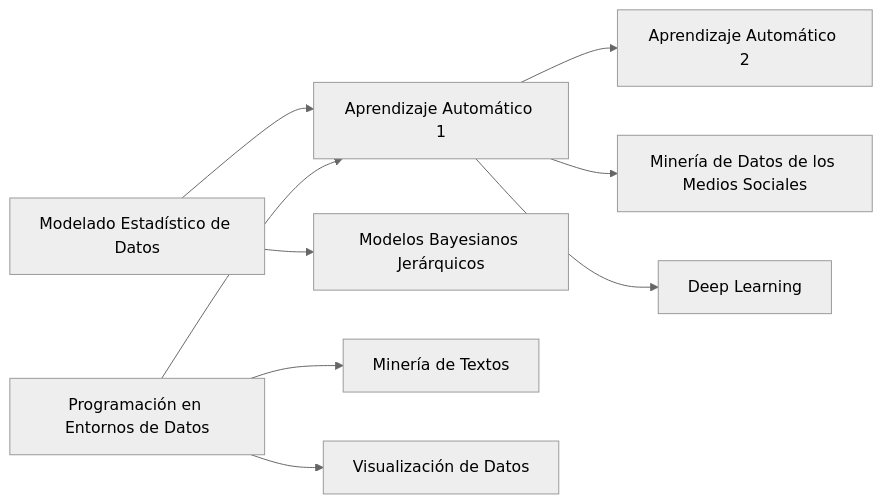
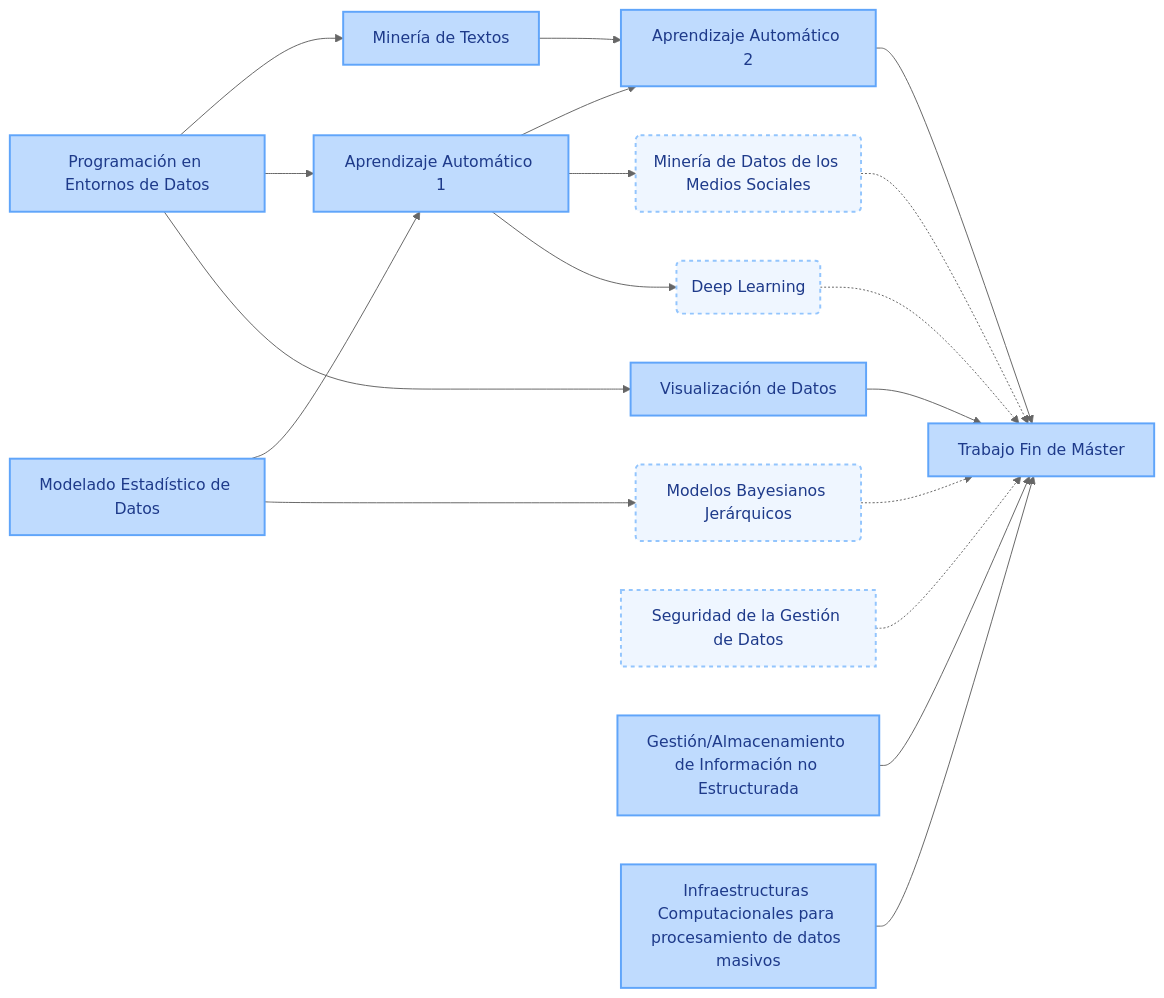
One commit to pmgallardo/apuntes-muicd-uned changed the diagram in master/README.md. Above: the diagram before and after it, drawn with Mermaid (neutral theme).

Commit message:
Dependencias asignaturas

````diff
--- a/master/README.md
+++ b/master/README.md
@@ -47,11 +47,27 @@
 ```mermaid
 graph LR
    MED[Modelado Estadístico de Datos] --> AAI[Aprendizaje Automático 1]
-   MED --> MBJ[Modelos Bayesianos Jerárquicos]
+   MED --> MBJ(Modelos Bayesianos Jerárquicos)
    PED[Programación en Entornos de Datos] --> MT[Minería de Textos]
    PED --> AAI
    PED --> VD[Visualización de Datos]
    AAI --> AAII[Aprendizaje Automático 2]
-   AAI --> MDMS[Minería de Datos de los Medios Sociales]
-   AAI --> DL[Deep Learning]
+   AAI --> MDMS(Minería de Datos de los Medios Sociales)
+   AAI --> DL(Deep Learning)
+   SGD[Seguridad de la Gestión de Datos]
+   GAINE[Gestión/Almacenamiento de Información no Estructurada] --> TFM[Trabajo Fin de Máster]
+   ICPDM[Infraestructuras Computacionales para procesamiento de datos masivos] --> TFM
+   AAII --> TFM
+   MT --> AAII
+   VD --> TFM
+   DL -.-> TFM
+   MBJ -.-> TFM
+   MDMS -.-> TFM
+   SGD -.-> TFM
+
+  classDef obligatoria fill:#bfdbfe,color:#1e3a8a,stroke:#60a5fa,stroke-width:2px;
+  classDef optativa fill:#eff6ff,color:#1e3a8a,stroke:#93c5fd,stroke-width:2px,stroke-dasharray: 4 4;
+    
+  class DL,MBJ,MDMS,SGD optativa;
+  class AAI,AAII,GAINE,ICPDM,MED,MT,PED,TFM,VD obligatoria;
 ```
````
